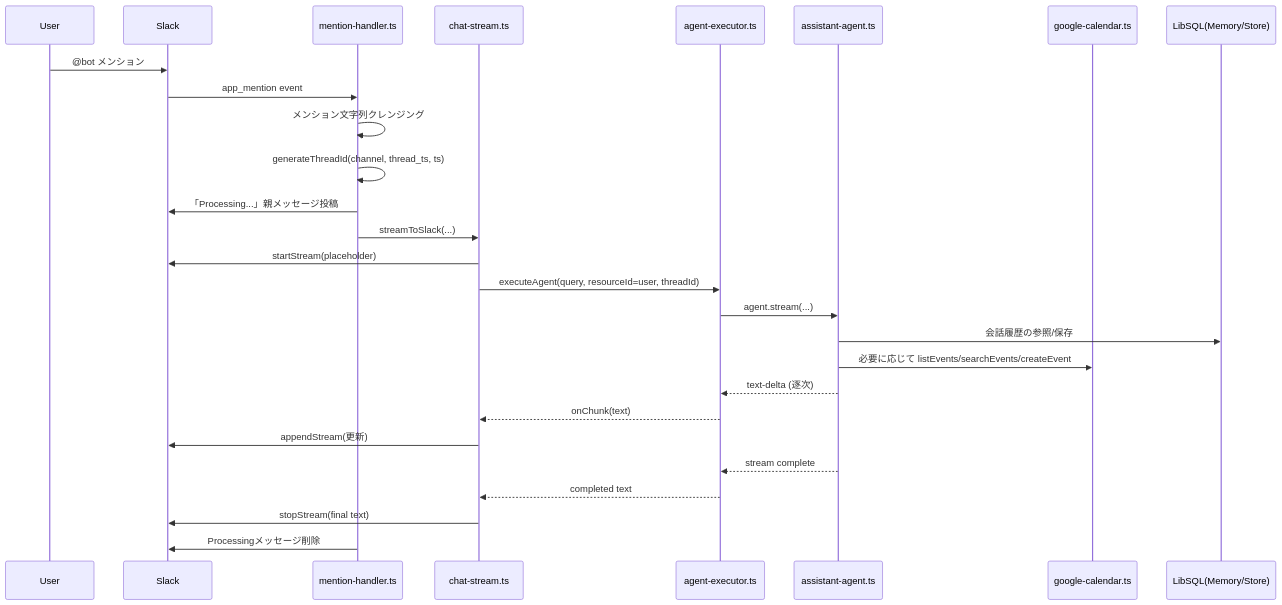
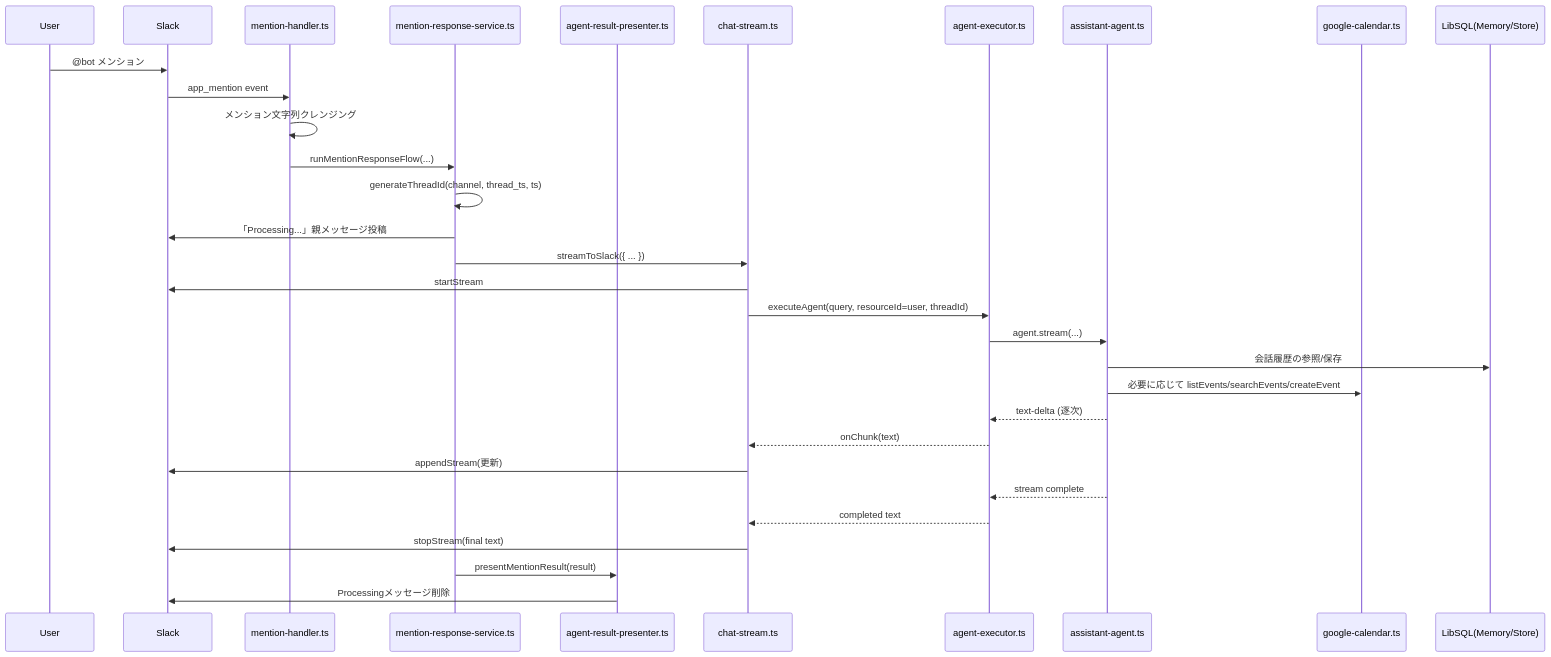
The second of 4 diagrams in docs/PROCESS_FLOW.md (2bo/mastra-slack-agent), drawn with Mermaid before and after one commit. The commit also changed other lines of this file and 17 other files, not shown here.

Commit message:
refactor(slack): split response flows and simplify HITL result presentation Entire-Checkpoint: 007fd25de0ab

````diff
--- a/docs/PROCESS_FLOW.md
+++ b/docs/PROCESS_FLOW.md
@@ -28,30 +27,34 @@
 ```mermaid
 sequenceDiagram
   participant U as User
   participant S as Slack
   participant MH as mention-handler.ts
+  participant MRS as mention-response-service.ts
+  participant PR as agent-result-presenter.ts
   participant CS as chat-stream.ts
   participant AE as agent-executor.ts
   participant AG as assistant-agent.ts
   participant GC as google-calendar.ts
   participant DB as LibSQL(Memory/Store)
 
   U->>S: @bot メンション
   S->>MH: app_mention event
   MH->>MH: メンション文字列クレンジング
-  MH->>MH: generateThreadId(channel, thread_ts, ts)
-  MH->>S: 「Processing...」親メッセージ投稿
-  MH->>CS: streamToSlack(...)
-  CS->>S: startStream(placeholder)
+  MH->>MRS: runMentionResponseFlow(...)
+  MRS->>MRS: generateThreadId(channel, thread_ts, ts)
+  MRS->>S: 「Processing...」親メッセージ投稿
+  MRS->>CS: streamToSlack({ ... })
+  CS->>S: startStream
   CS->>AE: executeAgent(query, resourceId=user, threadId)
   AE->>AG: agent.stream(...)
   AG->>DB: 会話履歴の参照/保存
   AG->>GC: 必要に応じて listEvents/searchEvents/createEvent
   AG-->>AE: text-delta (逐次)
   AE-->>CS: onChunk(text)
   CS->>S: appendStream(更新)
   AG-->>AE: stream complete
   AE-->>CS: completed text
   CS->>S: stopStream(final text)
-  MH->>S: Processingメッセージ削除
+  MRS->>PR: presentMentionResult(result)
+  PR->>S: Processingメッセージ削除
 ```
````
